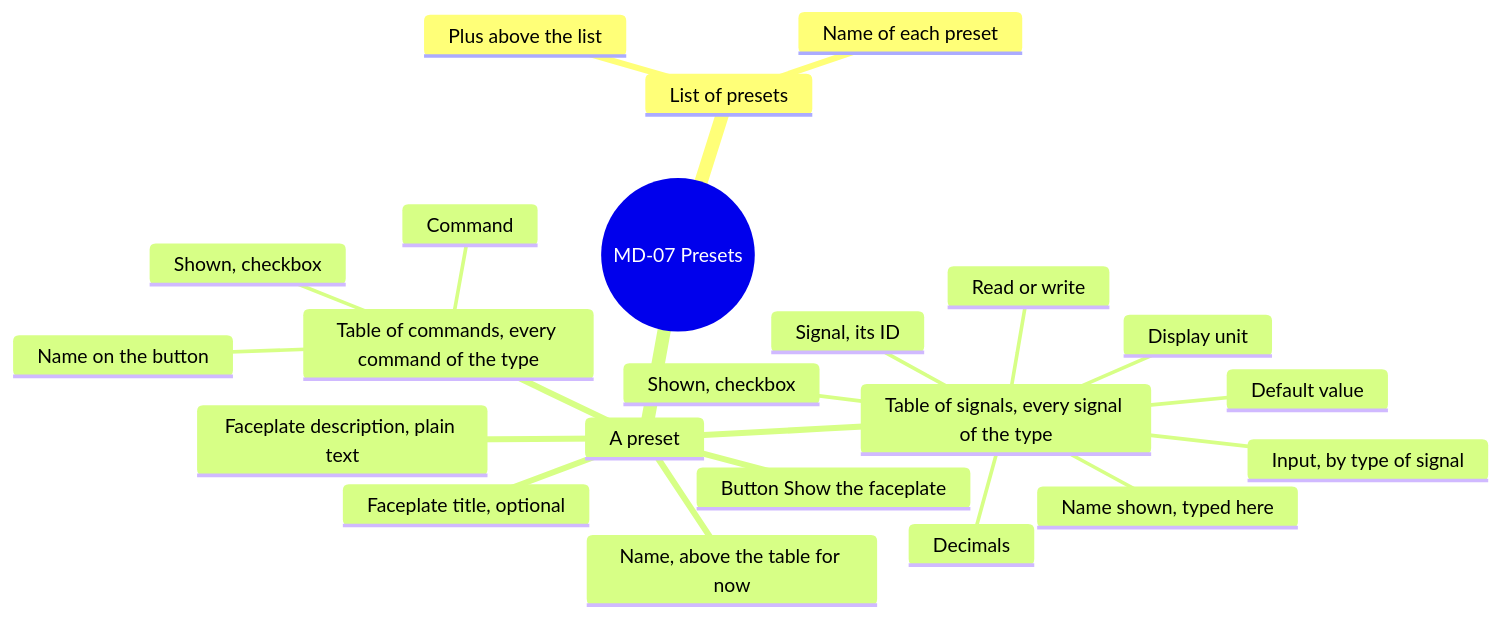
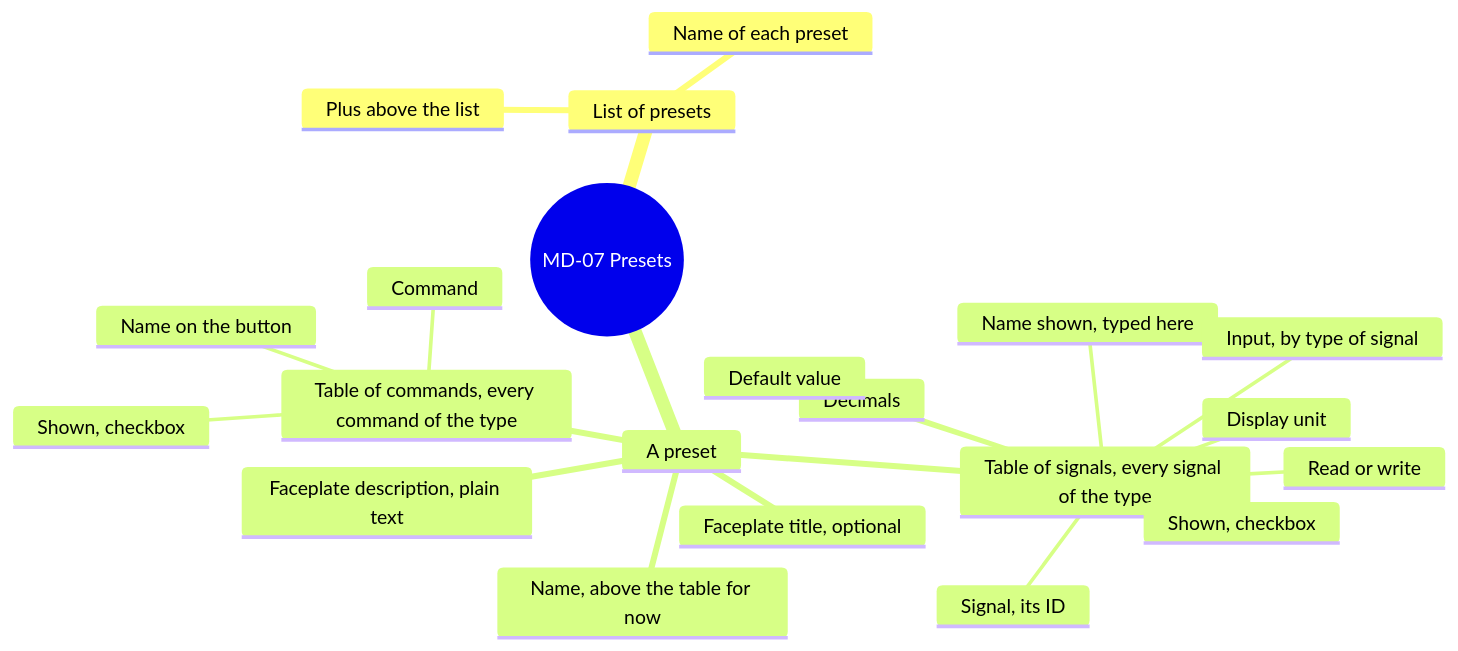
Diagram 11 of 15 in screens/metadata.md (AlexandreGallais/synoptic-studio-spec), drawn with Mermaid before and after one commit. The commit also changed other lines of this file and 5 other files, not shown here.

````diff
--- a/screens/metadata.md
+++ b/screens/metadata.md
@@ -289,25 +307,24 @@
 ```mermaid
 mindmap
   root((MD-07 Presets))
     List of presets
       Plus above the list
       Name of each preset
     A preset
       Name, above the table for now
       Faceplate title, optional
       Faceplate description, plain text
-      Button Show the faceplate
       Table of signals, every signal of the type
         Shown, checkbox
         Signal, its ID
         Name shown, typed here
         Input, by type of signal
         Read or write
         Display unit
         Decimals
         Default value
       Table of commands, every command of the type
         Shown, checkbox
         Command
         Name on the button
 ```
````
